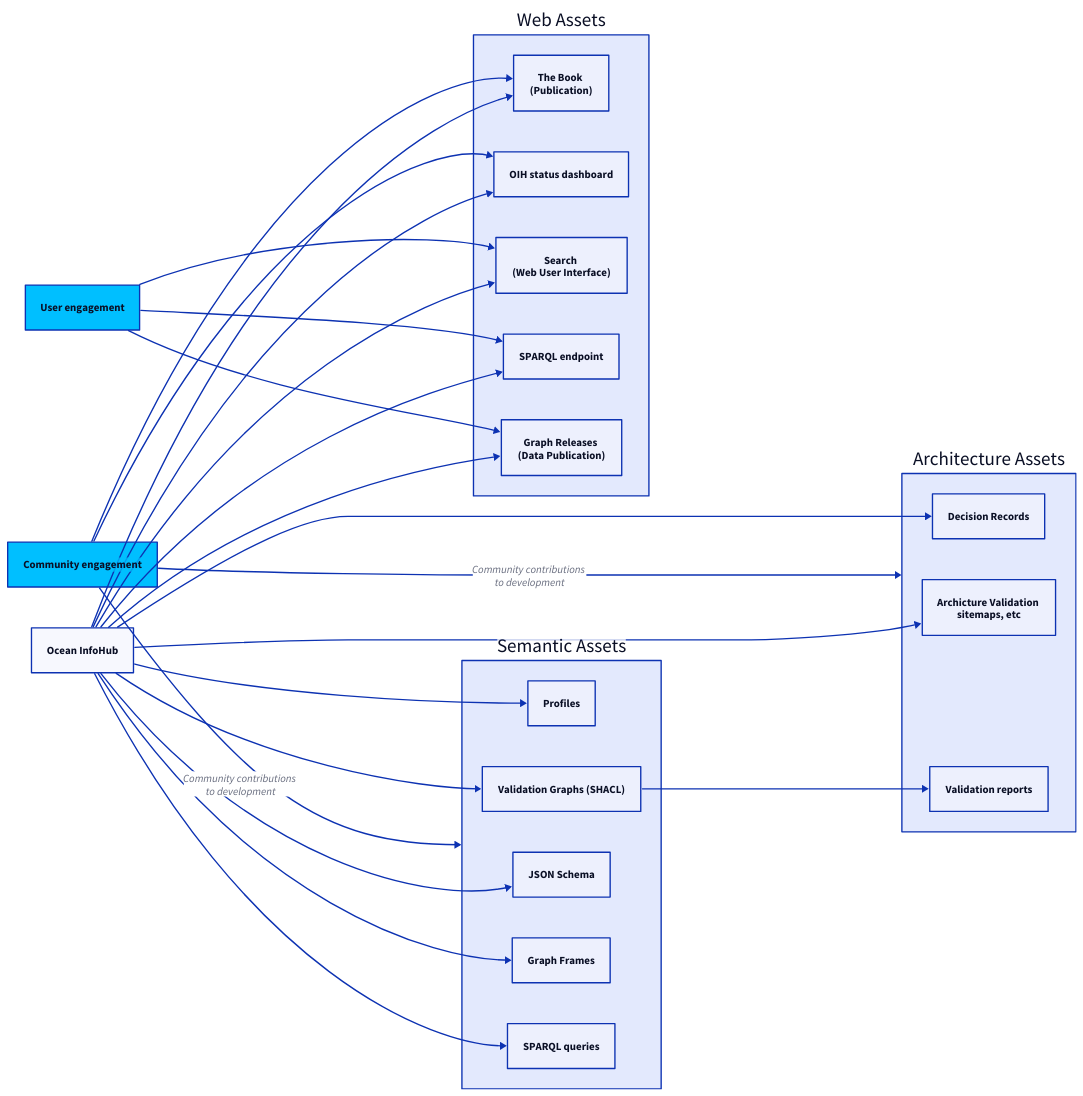
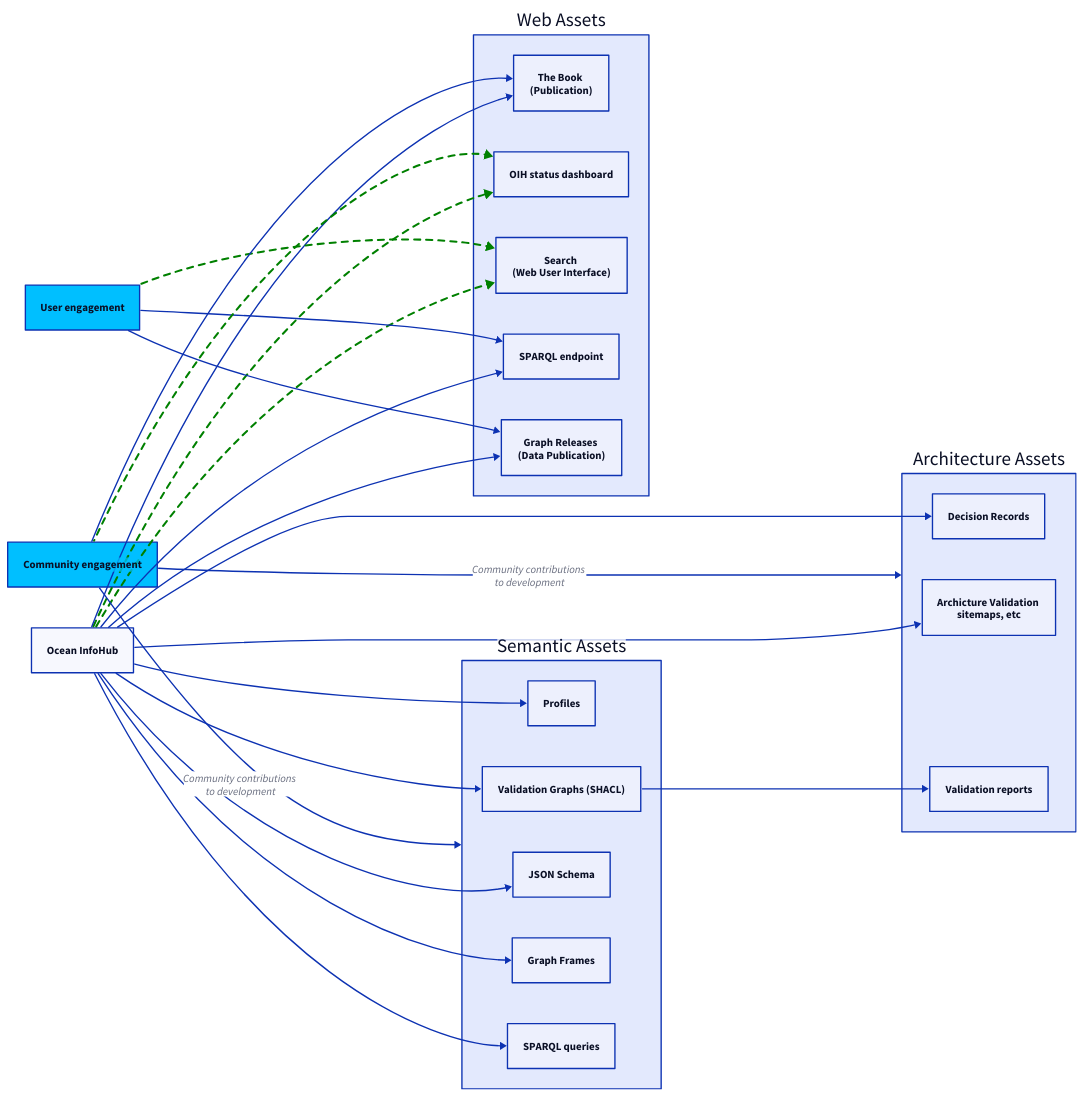
The diagram in docs/images/oihProducts.d2 (iodepo/odis-arch), drawn with D2 before and after one commit. The commit also changed 2 other files, not shown here.

```diff
--- a/docs/images/oihProducts.d2
+++ b/docs/images/oihProducts.d2
@@ -1,60 +1,87 @@
 direction: right
 
 oih: Ocean InfoHub
 
 web: Web Assets
 web.book: The Book \n (Publication)
 web.dashboard: OIH status dashboard
 web.search: Search \n (Web User Interface)
 web.sp: SPARQL endpoint
 web.rg:  Graph Releases \n (Data Publication)
 
 aa: Architecture Assets
 aa.adr:  Decision Records
 aa.av: Archicture Validation \n sitemaps, etc
 aa.reports: Validation reports
 
 oih -> aa.av
 oih -> aa.adr
 
 sa: Semantic Assets
 sa.dg:  Profiles
 sa.sg:  Validation Graphs (SHACL)
 sa.js:  JSON Schema
 sa.fr:  Graph Frames
 sa.rs:  SPARQL queries
 
 
-oih -> web.search
-oih -> web.dashboard
+oih -> web.search {
+style: {
+    stroke: green
+    stroke-width: 3
+    stroke-dash: 3
+       }
+}
+oih -> web.dashboard {
+style: {
+    stroke: green
+    stroke-width: 3
+    stroke-dash: 3
+       }
+}
+
 oih -> web.sp
 oih -> web.book
 oih -> web.rg
 oih -> sa.dg
 oih -> sa.sg
 oih -> sa.js
 oih -> sa.fr
 oih -> sa.rs
 
 sa.sg -> aa.reports
 
 ce: Community engagement {
   style: {
     fill: deepskyblue
   }
 }
 ue: User engagement {
   style: {
     fill: deepskyblue
   }
 }
 
-web.search <- ue
+web.search <- ue {
+style: {
+    stroke: green
+    stroke-width: 3
+    stroke-dash: 3
+       }
+}
+
 web.sp <- ue
 web.rg <- ue
 
-web.dashboard <- ce
+web.dashboard <- ce {
+style: {
+    stroke: green
+    stroke-width: 3
+    stroke-dash: 3
+       }
+}
+
 sa <- ce: Community contributions \n to development
 aa <- ce: Community contributions \n to development
 # sa.reports <- ce : Community feedback loop \n on validation
 web.book <- ce
```
